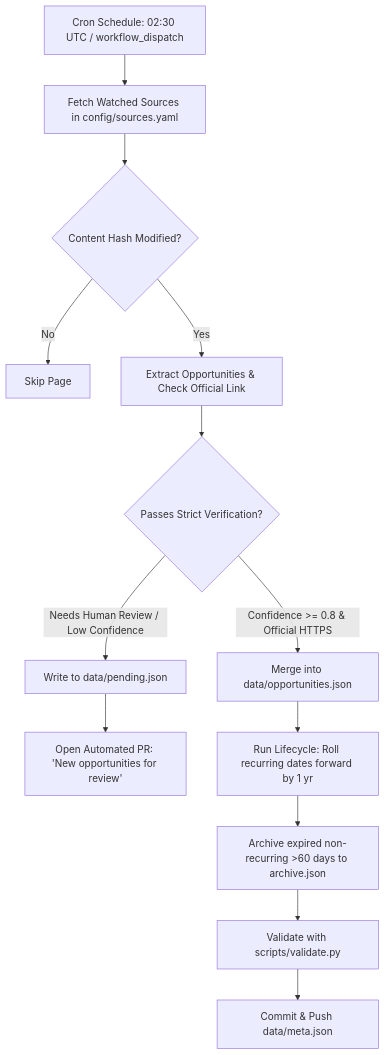
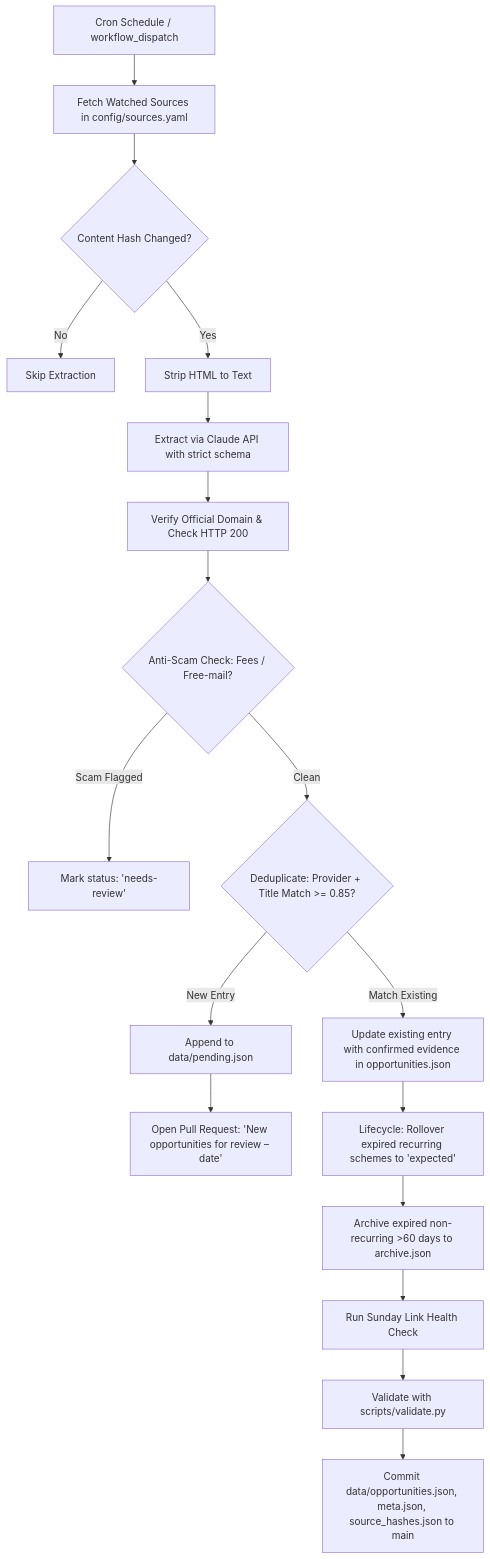
The diagram in README.md (mdsamhussain1996/vidyasetu-scholarship-portal), drawn with Mermaid before and after one commit. The commit also changed other lines of this file and 7 other files, not shown here.

````diff
--- a/README.md
+++ b/README.md
@@ -40,15 +60,20 @@
 ```mermaid
 graph TD
-    A[Cron Schedule: 02:30 UTC / workflow_dispatch] --> B[Fetch Watched Sources in config/sources.yaml]
-    B --> C{Content Hash Modified?}
-    C -- No --> D[Skip Page]
-    C -- Yes --> E[Extract Opportunities & Check Official Link]
-    E --> F{Passes Strict Verification?}
-    F -- Confidence >= 0.8 & Official HTTPS --> G[Merge into data/opportunities.json]
-    F -- Needs Human Review / Low Confidence --> H[Write to data/pending.json]
-    H --> I[Open Automated PR: 'New opportunities for review']
-    G --> J[Run Lifecycle: Roll recurring dates forward by 1 yr]
-    J --> K[Archive expired non-recurring >60 days to archive.json]
-    K --> L[Validate with scripts/validate.py]
-    L --> M[Commit & Push data/meta.json]
+    A[Cron Schedule / workflow_dispatch] --> B[Fetch Watched Sources in config/sources.yaml]
+    B --> C{Content Hash Changed?}
+    C -- No --> D[Skip Extraction]
+    C -- Yes --> E[Strip HTML to Text]
+    E --> F[Extract via Claude API with strict schema]
+    F --> G[Verify Official Domain & Check HTTP 200]
+    G --> H{Anti-Scam Check: Fees / Free-mail?}
+    H -- Scam Flagged --> I[Mark status: 'needs-review']
+    H -- Clean --> J{Deduplicate: Provider + Title Match >= 0.85?}
+    J -- Match Existing --> K[Update existing entry with confirmed evidence in opportunities.json]
+    J -- New Entry --> L[Append to data/pending.json]
+    L --> M[Open Pull Request: 'New opportunities for review – date']
+    K --> N[Lifecycle: Rollover expired recurring schemes to 'expected']
+    N --> O[Archive expired non-recurring >60 days to archive.json]
+    O --> P[Run Sunday Link Health Check]
+    P --> Q[Validate with scripts/validate.py]
+    Q --> R[Commit data/opportunities.json, meta.json, source_hashes.json to main]
 ```
````
